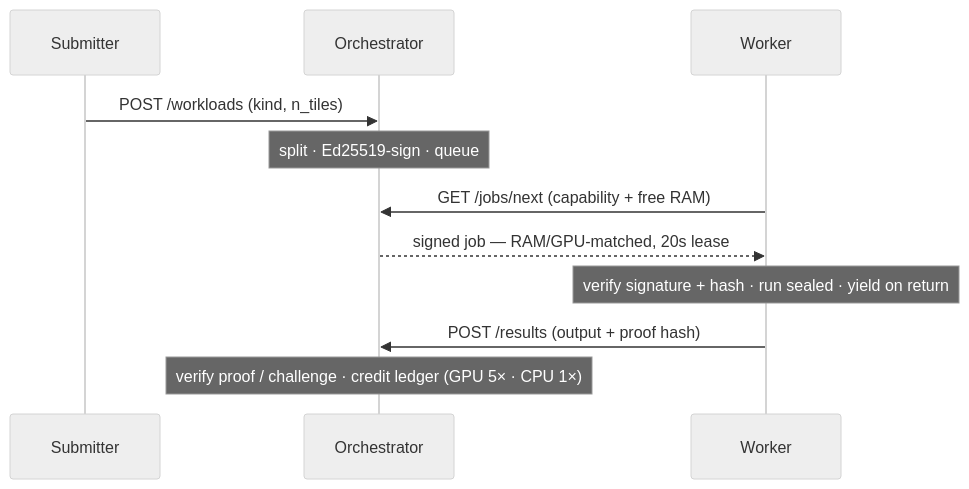
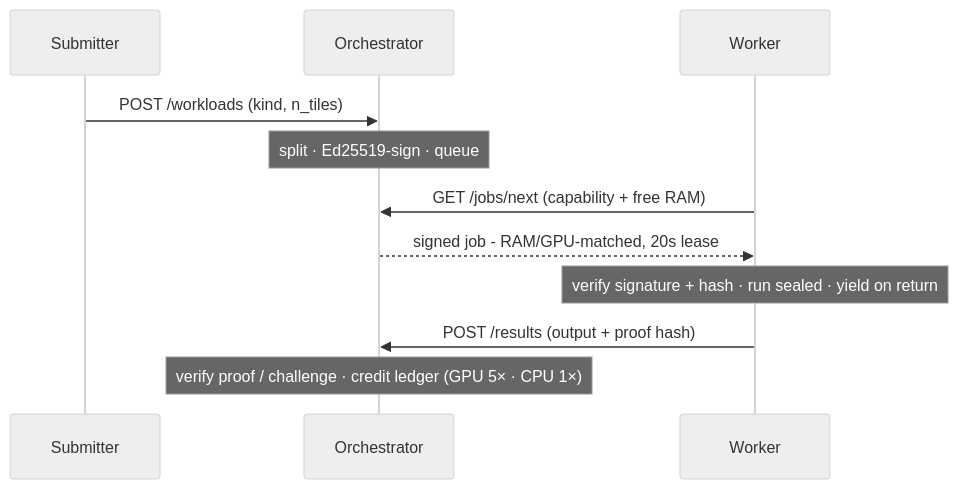
Before and after one commit to Aditya-Katkuri/OneCompute: the third of 3 diagrams in README.md, drawn with Mermaid (neutral theme). The commit also changed other lines of this file and 34 other files, not shown here.

````diff
--- a/README.md
+++ b/README.md
@@ -76,13 +76,13 @@
 ```mermaid
 sequenceDiagram
     participant S as Submitter
     participant O as Orchestrator
     participant W as Worker
     S->>O: POST /workloads (kind, n_tiles)
     Note over O: split · Ed25519-sign · queue
     W->>O: GET /jobs/next (capability + free RAM)
-    O-->>W: signed job — RAM/GPU-matched, 20s lease
+    O-->>W: signed job - RAM/GPU-matched, 20s lease
     Note over W: verify signature + hash · run sealed · yield on return
     W->>O: POST /results (output + proof hash)
     Note over O: verify proof / challenge · credit ledger (GPU 5× · CPU 1×)
 ```
````
